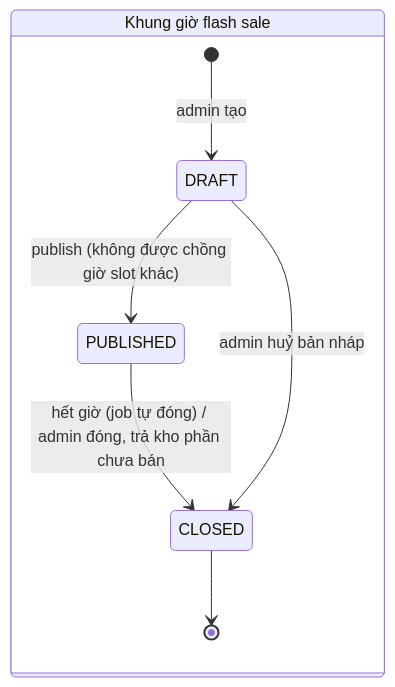
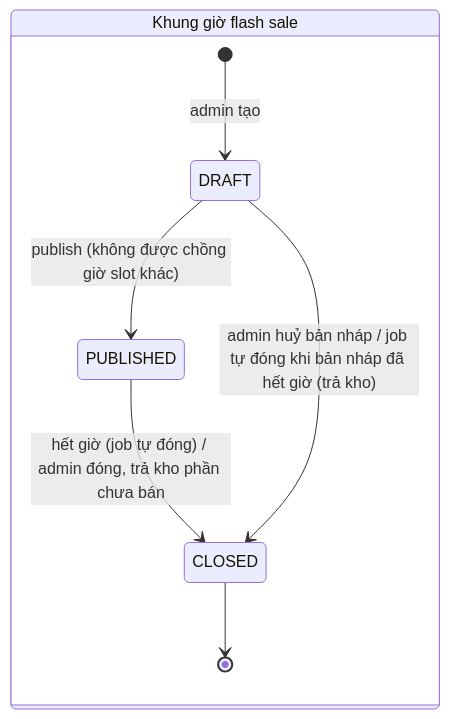
One commit to lebronjamesbe01-dev/flashsale-service changed diagram 12 of 14 in docs/system-design.md. Above: the diagram before and after it, drawn with Mermaid. The commit also changed other lines of this file and 1 other file, not shown here.

Commit message:
docs: update README and system design for hardened flows

````diff
--- a/docs/system-design.md
+++ b/docs/system-design.md
@@ -408,11 +413,11 @@
 ```mermaid
 stateDiagram-v2
     direction LR
     state "Khung giờ flash sale" as SLOT {
         [*] --> DRAFT: admin tạo
         DRAFT --> PUBLISHED: publish (không được chồng giờ slot khác)
         PUBLISHED --> CLOSED: hết giờ (job tự đóng) / admin đóng, trả kho phần chưa bán
-        DRAFT --> CLOSED: admin huỷ bản nháp
+        DRAFT --> CLOSED: admin huỷ bản nháp / job tự đóng khi bản nháp đã hết giờ (trả kho)
         CLOSED --> [*]
     }
 ```
````
